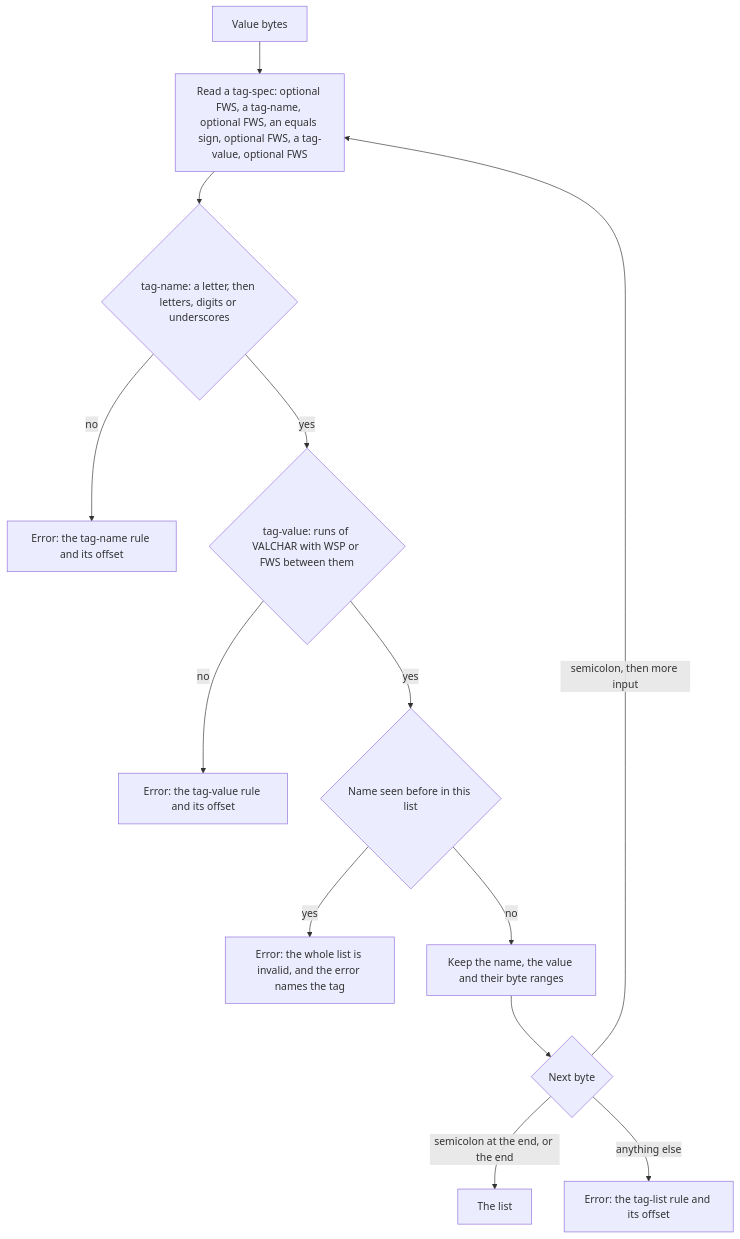
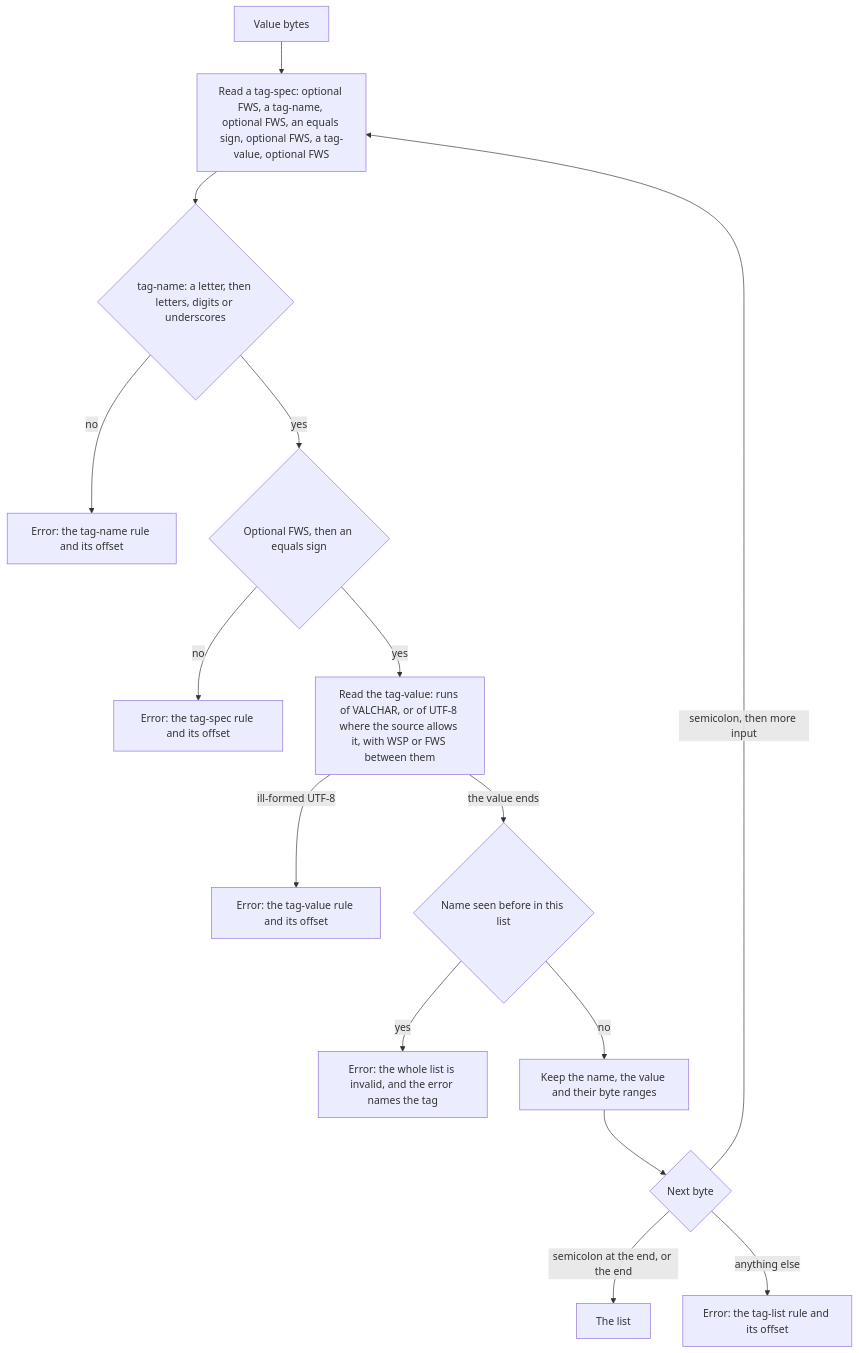
One commit to photom/hallmark changed the diagram in docs/reference/design/tag-lists.md. Above: the diagram before and after it, drawn with Mermaid. The commit also changed other lines of this file and 3 other files, not shown here.

First line of the commit message:
Add tag-list scenarios and tests

````diff
--- a/docs/reference/design/tag-lists.md
+++ b/docs/reference/design/tag-lists.md
@@ -29,15 +29,17 @@
 ```mermaid
 flowchart TD
     start["Value bytes"] --> spec["Read a tag-spec: optional FWS, a tag-name, optional FWS, an equals sign, optional FWS, a tag-value, optional FWS"]
     spec --> name{"tag-name: a letter, then letters, digits or underscores"}
     name -->|"no"| bad["Error: the tag-name rule and its offset"]
-    name -->|"yes"| value{"tag-value: runs of VALCHAR with WSP or FWS between them"}
-    value -->|"no"| badv["Error: the tag-value rule and its offset"]
-    value -->|"yes"| dup{"Name seen before in this list"}
+    name -->|"yes"| equals{"Optional FWS, then an equals sign"}
+    equals -->|"no"| bads["Error: the tag-spec rule and its offset"]
+    equals -->|"yes"| value["Read the tag-value: runs of VALCHAR, or of UTF-8 where the source allows it, with WSP or FWS between them"]
+    value -->|"ill-formed UTF-8"| badv["Error: the tag-value rule and its offset"]
+    value -->|"the value ends"| dup{"Name seen before in this list"}
     dup -->|"yes"| badd["Error: the whole list is invalid, and the error names the tag"]
     dup -->|"no"| keep["Keep the name, the value and their byte ranges"]
     keep --> next{"Next byte"}
     next -->|"semicolon, then more input"| spec
     next -->|"semicolon at the end, or the end"| done["The list"]
     next -->|"anything else"| badt["Error: the tag-list rule and its offset"]
 ```
````
